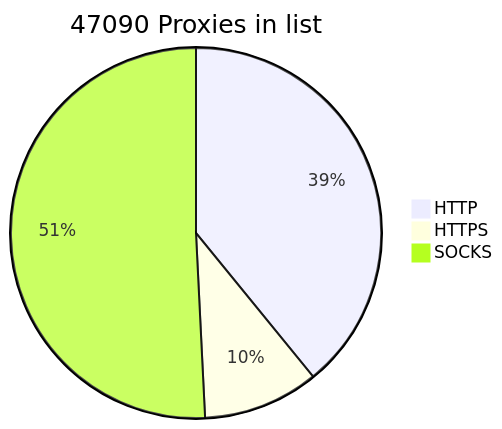
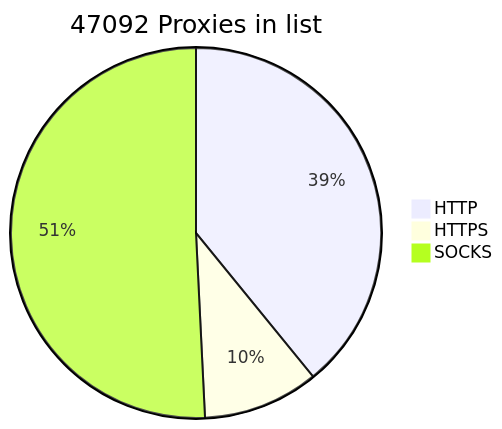
Before and after one commit to BlackSnowDot/proxylist-update-every-minute: the diagram in README.md, drawn with Mermaid.

````diff
--- a/README.md
+++ b/README.md
@@ -2,6 +2,6 @@
 ```mermaid
-pie title 47090 Proxies in list
-    "HTTP" : 20202
-    "HTTPS": 5221
+pie title 47092 Proxies in list
+    "HTTP" : 20206
+    "HTTPS": 5224
     "SOCKS" : 26232
 ```
````
